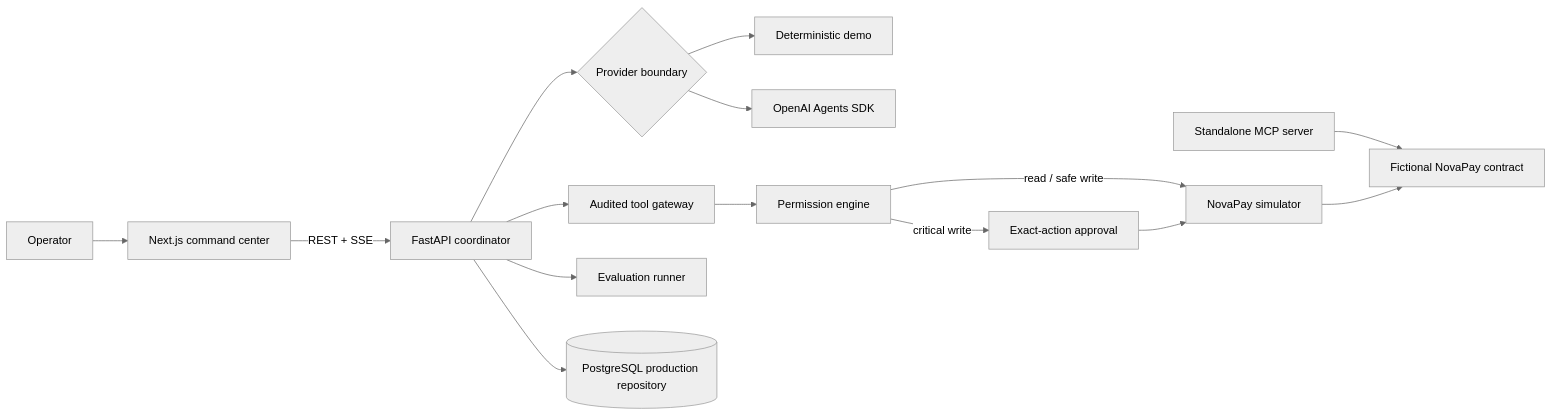
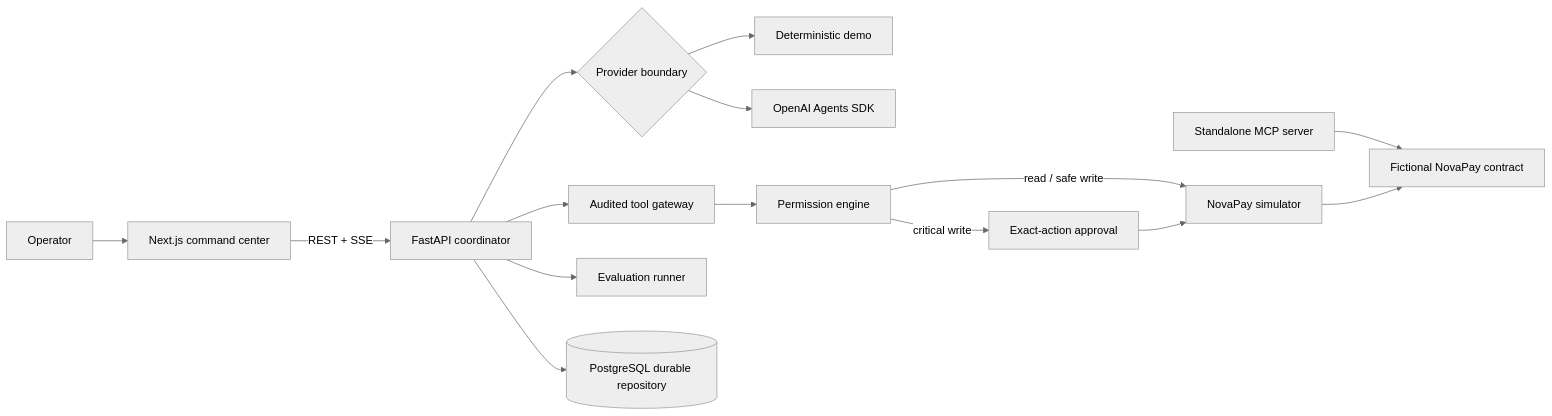
The diagram in README.md (Lucas-Bonatto/resolve-ai), drawn with Mermaid (neutral theme) before and after one commit. The commit also changed other lines of this file and 12 other files, not shown here.

````diff
--- a/README.md
+++ b/README.md
@@ -23,17 +23,17 @@
 ```mermaid
 flowchart LR
   O[Operator] --> W[Next.js command center]
   W -->|REST + SSE| A[FastAPI coordinator]
   A --> P{Provider boundary}
   P --> D[Deterministic demo]
   P --> AI[OpenAI Agents SDK]
   A --> G[Audited tool gateway]
   G --> E[Permission engine]
   E -->|read / safe write| N[NovaPay simulator]
   E -->|critical write| H[Exact-action approval]
   H --> N
   A --> V[Evaluation runner]
-  A --> R[(PostgreSQL production repository)]
+  A --> R[(PostgreSQL durable repository)]
   M[Standalone MCP server] --> F[Fictional NovaPay contract]
   N --> F
 ```
````
